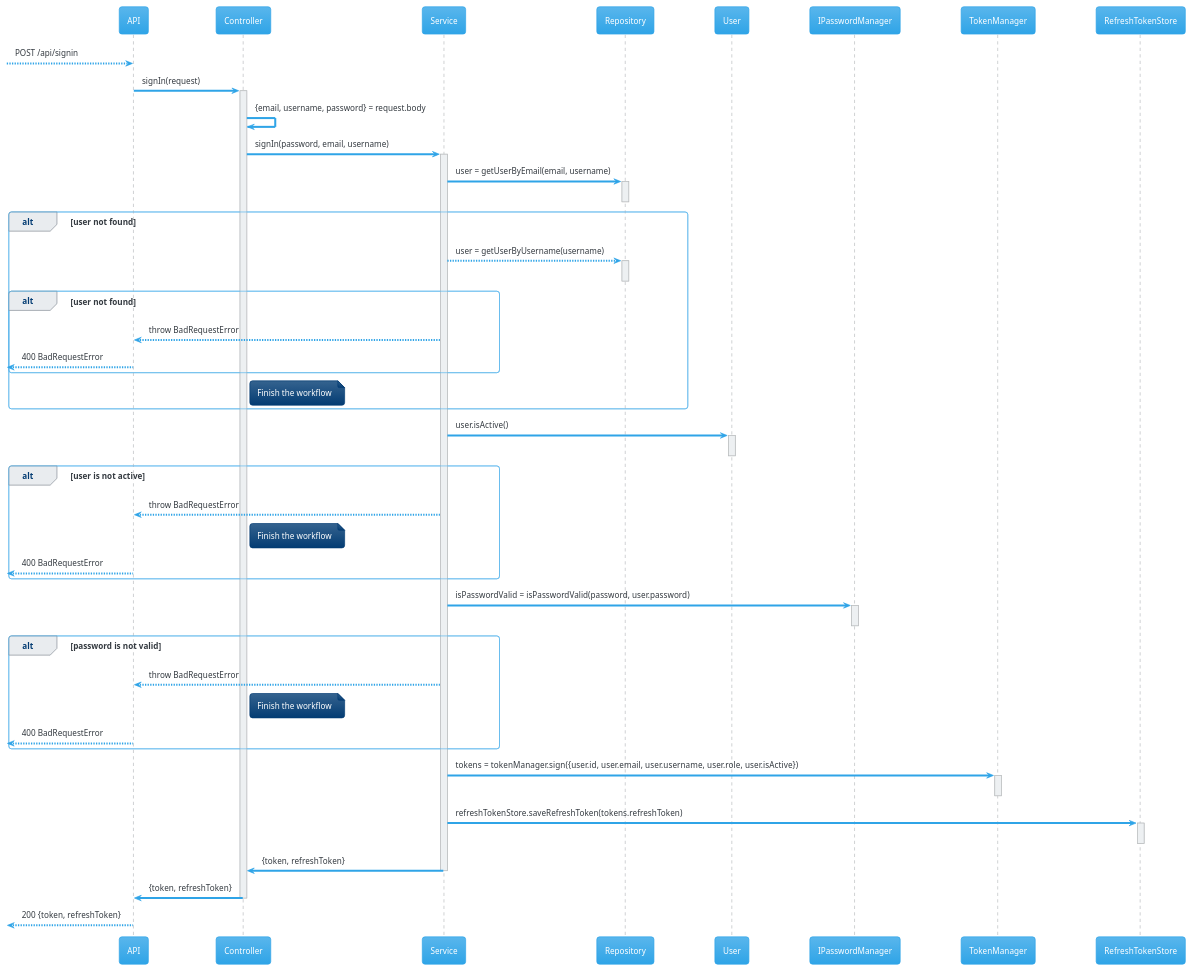
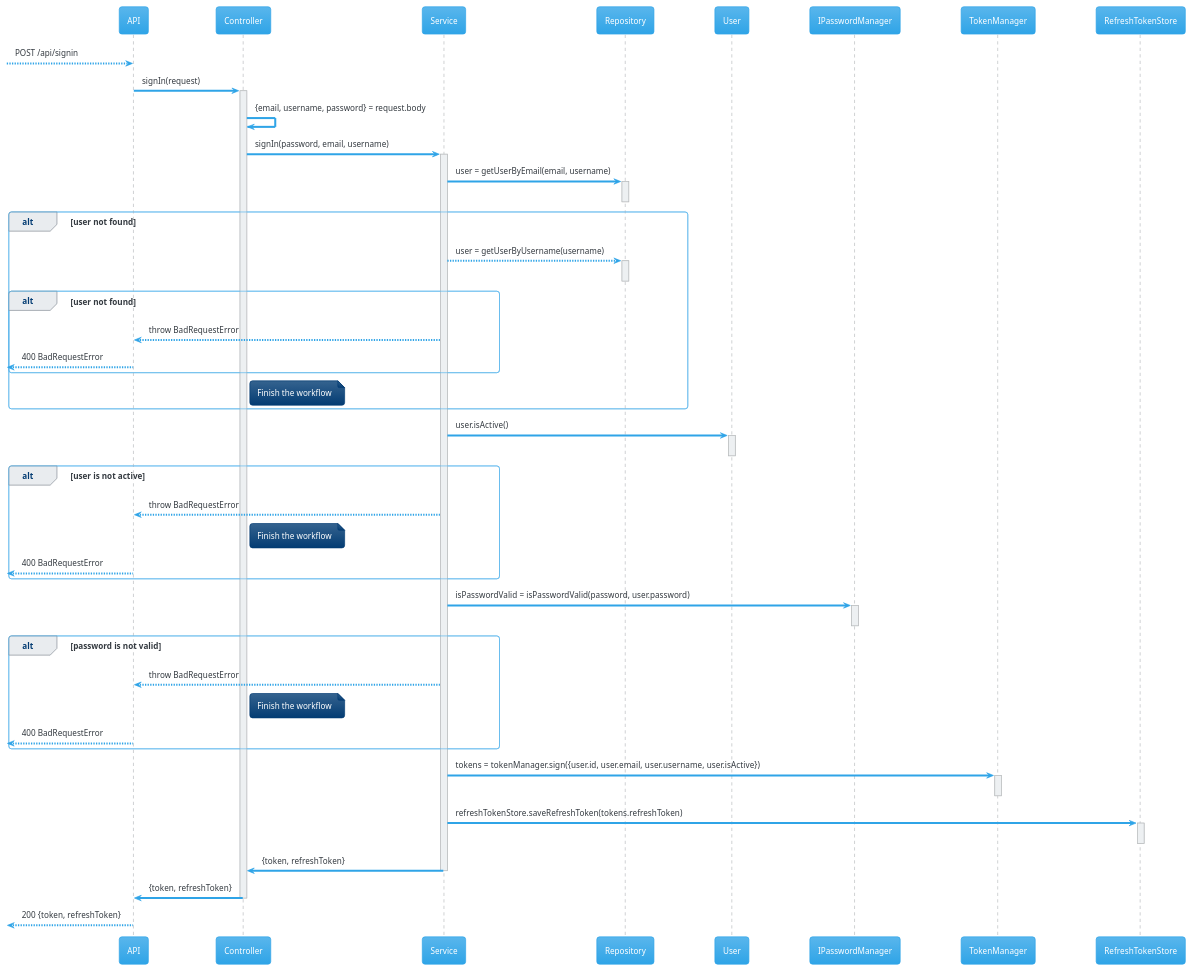
Before and after one commit to ArturBrito/auth: the diagram in docs/authentication/signin/signin.sd.puml, drawn with PlantUML. The commit also changed 21 other files, not shown here.

```diff
--- a/docs/authentication/signin/signin.sd.puml
+++ b/docs/authentication/signin/signin.sd.puml
@@ -1,73 +1,73 @@
 @startuml
 !theme cerulean
 participant "API" as API
 participant "Controller" as Ctrl
 participant "Service" as Service
 participant "Repository" as Repo
 participant "User" as User
 participant "IPasswordManager" as PassManager
 participant "TokenManager" as TokenManager
 participant "RefreshTokenStore" as RefreshTokenStore
 
 
 --> API: POST /api/signin
 API -> Ctrl: signIn(request)
 activate Ctrl
 Ctrl -> Ctrl: {email, username, password} = request.body
 Ctrl -> Service: signIn(password, email, username)
 activate Service
 Service -> Repo: user = getUserByEmail(email, username)
 activate Repo
 deactivate Repo
 alt user not found
     Service --> Repo: user = getUserByUsername(username)
     activate Repo
     deactivate Repo
     alt user not found
         Service --> API: throw BadRequestError
         
         <-- API: 400 BadRequestError
     end
     note right of Ctrl
         Finish the workflow
     end note
 end
 
 Service -> User: user.isActive()
 activate User
 deactivate User
 alt user is not active
     Service --> API: throw BadRequestError
     note right of Ctrl
         Finish the workflow
     end note
     <-- API: 400 BadRequestError
 end
 
 Service -> PassManager: isPasswordValid = isPasswordValid(password, user.password)
 activate PassManager
 deactivate PassManager
 alt password is not valid
     Service --> API: throw BadRequestError
     note right of Ctrl
         Finish the workflow
     end note
     <-- API: 400 BadRequestError
 end
 
-Service -> TokenManager: tokens = tokenManager.sign({user.id, user.email, user.username, user.role, user.isActive})
+Service -> TokenManager: tokens = tokenManager.sign({user.id, user.email, user.username, user.isActive})
 activate TokenManager
 deactivate TokenManager
 
 Service -> RefreshTokenStore: refreshTokenStore.saveRefreshToken(tokens.refreshToken)
 activate RefreshTokenStore
 deactivate RefreshTokenStore
 
 Service -> Ctrl: {token, refreshToken}
 deactivate Service
 Ctrl -> API: {token, refreshToken}
 deactivate Ctrl
 <-- API : 200 {token, refreshToken}
 
 
 @enduml
```
